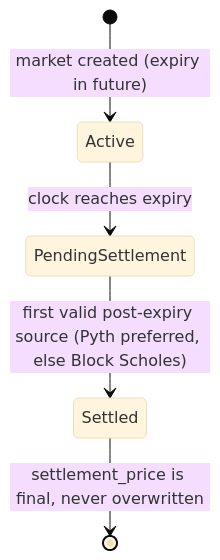
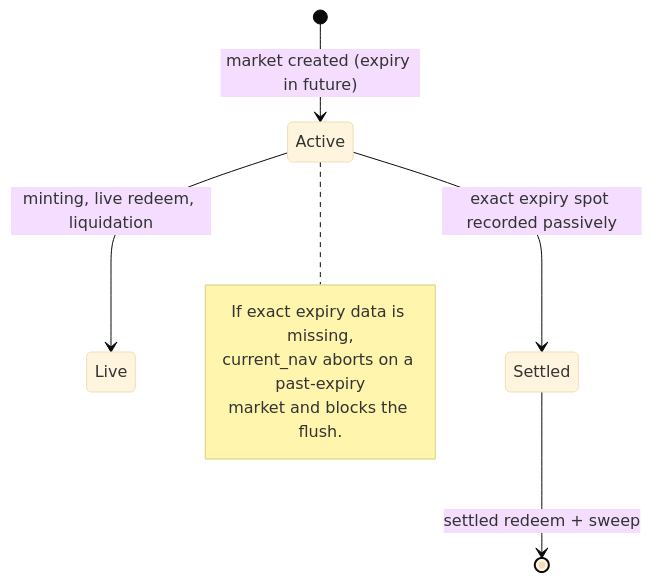
Before and after one commit to MystenLabs/deepbookv3: the diagram in packages/predict/docs/risks.md, drawn with Mermaid (base theme). The commit also changed other lines of this file and 236 other files, not shown here.

First line of the commit message:
Predict rework: propbook oracle, absolute-tick strikes, async NAV/LP, passive settlement, indexers (#1071)

````diff
--- a/packages/predict/docs/risks.md
+++ b/packages/predict/docs/risks.md
@@ -42,7 +53,12 @@
 ```mermaid
 stateDiagram-v2
     [*] --> Active: market created (expiry in future)
-    Active --> PendingSettlement: clock reaches expiry
-    PendingSettlement --> Settled: first valid post-expiry source (Pyth preferred, else Block Scholes)
-    Settled --> [*]: settlement_price is final, never overwritten
+    Active --> Live: minting, live redeem, liquidation
+    Active --> Settled: exact expiry spot recorded passively
+    Settled --> [*]: settled redeem + sweep
+    note right of Active
+      If exact expiry data is missing,
+      current_nav aborts on a past-expiry
+      market and blocks the flush.
+    end note
 ```
````
